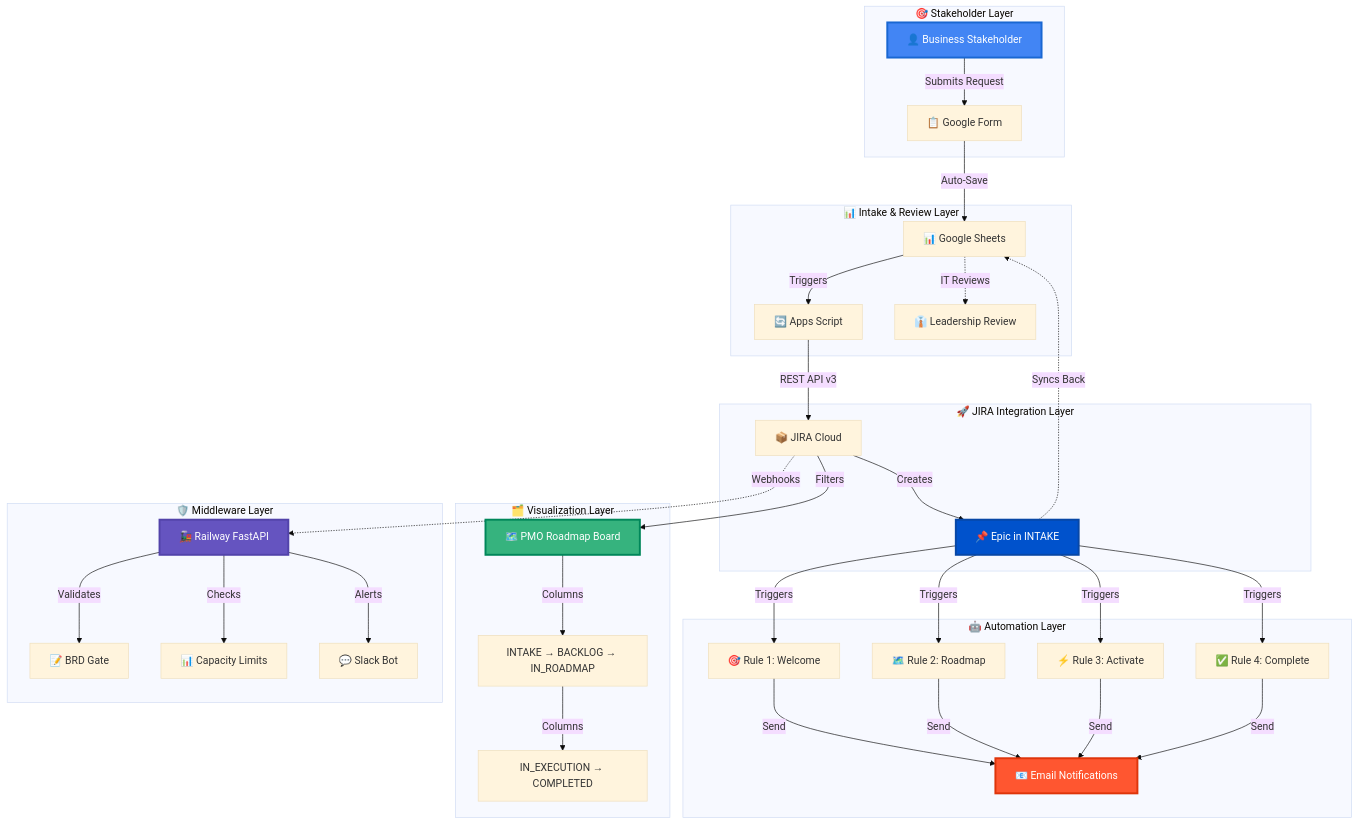
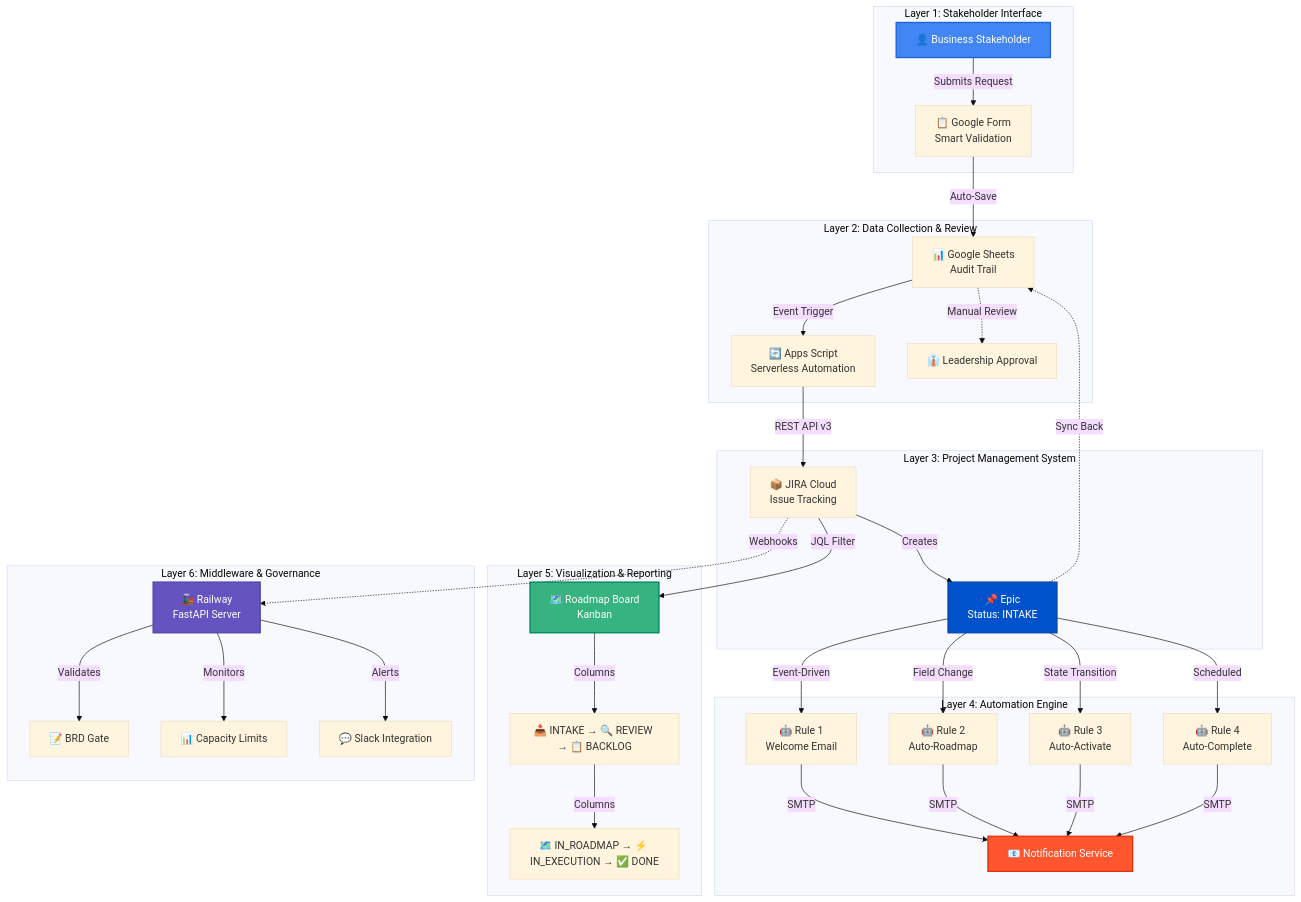
Before and after one commit to PlainJane20/pm-automation-system: the first of 4 diagrams in README.md, drawn with Mermaid (base theme). The commit also changed other lines of this file, not shown here.

````diff
--- a/README.md
+++ b/README.md
@@ -83,48 +112,48 @@
 ```mermaid
 graph TB
-    subgraph "🎯 Stakeholder Layer"
+    subgraph "Layer 1: Stakeholder Interface"
         A1[👤 Business Stakeholder]
-        A1 -->|Submits Request| B1[📋 Google Form]
+        A1 -->|Submits Request| B1[📋 Google Form<br/>Smart Validation]
     end
     
-    subgraph "📊 Intake & Review Layer"
-        B1 -->|Auto-Save| C1[📊 Google Sheets]
-        C1 -->|Triggers| D1[🔄 Apps Script]
-        C1 -.->|IT Reviews| C2[👔 Leadership Review]
+    subgraph "Layer 2: Data Collection & Review"
+        B1 -->|Auto-Save| C1[📊 Google Sheets<br/>Audit Trail]
+        C1 -->|Event Trigger| D1[🔄 Apps Script<br/>Serverless Automation]
+        C1 -.->|Manual Review| C2[👔 Leadership Approval]
     end
     
-    subgraph "🚀 JIRA Integration Layer"
-        D1 -->|REST API v3| E1[📦 JIRA Cloud]
-        E1 -->|Creates| F1[📌 Epic in INTAKE]
-        F1 -.->|Syncs Back| C1
+    subgraph "Layer 3: Project Management System"
+        D1 -->|REST API v3| E1[📦 JIRA Cloud<br/>Issue Tracking]
+        E1 -->|Creates| F1[📌 Epic<br/>Status: INTAKE]
+        F1 -.->|Sync Back| C1
     end
     
-    subgraph "🤖 Automation Layer"
-        F1 -->|Triggers| G1[🎯 Rule 1: Welcome]
-        F1 -->|Triggers| G2[🗺️ Rule 2: Roadmap]
-        F1 -->|Triggers| G3[⚡ Rule 3: Activate]
-        F1 -->|Triggers| G4[✅ Rule 4: Complete]
-        G1 & G2 & G3 & G4 -->|Send| H1[📧 Email Notifications]
+    subgraph "Layer 4: Automation Engine"
+        F1 -->|Event-Driven| G1[🤖 Rule 1<br/>Welcome Email]
+        F1 -->|Field Change| G2[🤖 Rule 2<br/>Auto-Roadmap]
+        F1 -->|State Transition| G3[🤖 Rule 3<br/>Auto-Activate]
+        F1 -->|Scheduled| G4[🤖 Rule 4<br/>Auto-Complete]
+        G1 & G2 & G3 & G4 -->|SMTP| H1[📧 Notification Service]
     end
     
-    subgraph "🗂️ Visualization Layer"
-        E1 -->|Filters| I1[🗺️ PMO Roadmap Board]
-        I1 -->|Columns| I2[INTAKE → BACKLOG → IN_ROADMAP]
-        I2 -->|Columns| I3[IN_EXECUTION → COMPLETED]
+    subgraph "Layer 5: Visualization & Reporting"
+        E1 -->|JQL Filter| I1[🗺️ Roadmap Board<br/>Kanban]
+        I1 -->|Columns| I2[📥 INTAKE → 🔍 REVIEW → 📋 BACKLOG]
+        I2 -->|Columns| I3[🗺️ IN_ROADMAP → ⚡ IN_EXECUTION → ✅ DONE]
     end
     
-    subgraph "🛡️ Middleware Layer"
-        J1[🚂 Railway FastAPI]
+    subgraph "Layer 6: Middleware & Governance"
+        J1[🚂 Railway<br/>FastAPI Server]
         J1 -->|Validates| J2[📝 BRD Gate]
-        J1 -->|Checks| J3[📊 Capacity Limits]
-        J1 -->|Alerts| J4[💬 Slack Bot]
+        J1 -->|Monitors| J3[📊 Capacity Limits]
+        J1 -->|Alerts| J4[💬 Slack Integration]
     end
     
     E1 -.->|Webhooks| J1
     
-    style A1 fill:#4285F4,stroke:#1967D2,stroke-width:3px,color:#fff
-    style F1 fill:#0052CC,stroke:#0747A6,stroke-width:3px,color:#fff
-    style I1 fill:#36B37E,stroke:#00875A,stroke-width:3px,color:#fff
-    style J1 fill:#6554C0,stroke:#5243AA,stroke-width:3px,color:#fff
-    style H1 fill:#FF5630,stroke:#DE350B,stroke-width:3px,color:#fff
+    style A1 fill:#4285F4,stroke:#1967D2,stroke-width:2px,color:#fff
+    style F1 fill:#0052CC,stroke:#0747A6,stroke-width:2px,color:#fff
+    style I1 fill:#36B37E,stroke:#00875A,stroke-width:2px,color:#fff
+    style J1 fill:#6554C0,stroke:#5243AA,stroke-width:2px,color:#fff
+    style H1 fill:#FF5630,stroke:#DE350B,stroke-width:2px,color:#fff
 ```
````
